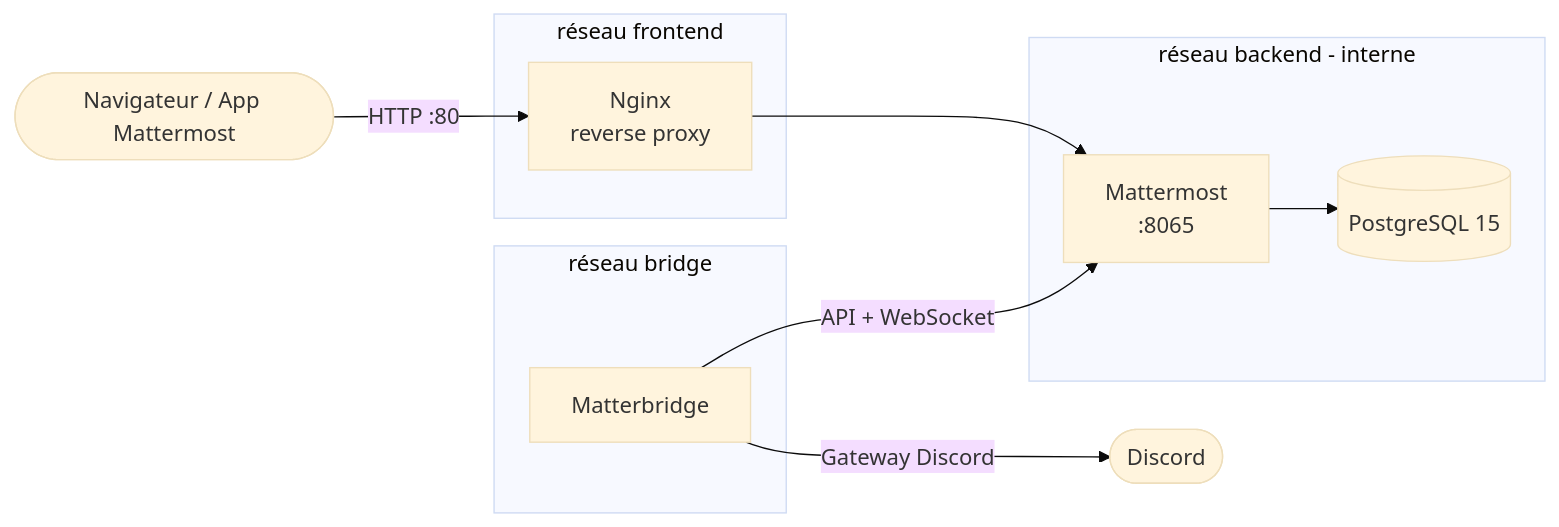
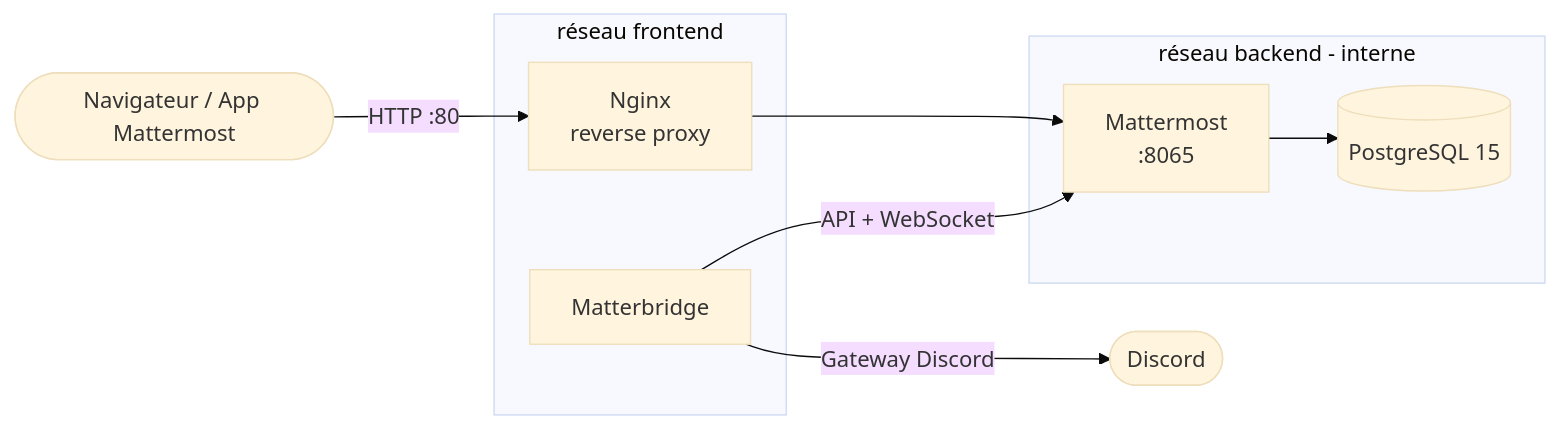
Before and after one commit to Safia-Beaumale/Docker: the diagram in README.md, drawn with Mermaid (base theme). The commit also changed other lines of this file and 7 other files, not shown here.

````diff
--- a/README.md
+++ b/README.md
@@ -40,22 +40,22 @@
 ```mermaid
 flowchart LR
     user([Navigateur / App Mattermost]) -->|HTTP :80| nginx
 
     subgraph frontend [réseau frontend]
         nginx[Nginx<br/>reverse proxy]
     end
 
     subgraph backend [réseau backend - interne]
         mattermost[Mattermost<br/>:8065]
         db[(PostgreSQL 15)]
     end
 
-    subgraph bridge_net [réseau bridge]
+    subgraph frontend
         bridge[Matterbridge]
     end
 
     nginx --> mattermost
     mattermost --> db
     bridge -->|API + WebSocket| mattermost
     bridge -->|Gateway Discord| discord([Discord])
 ```
````
